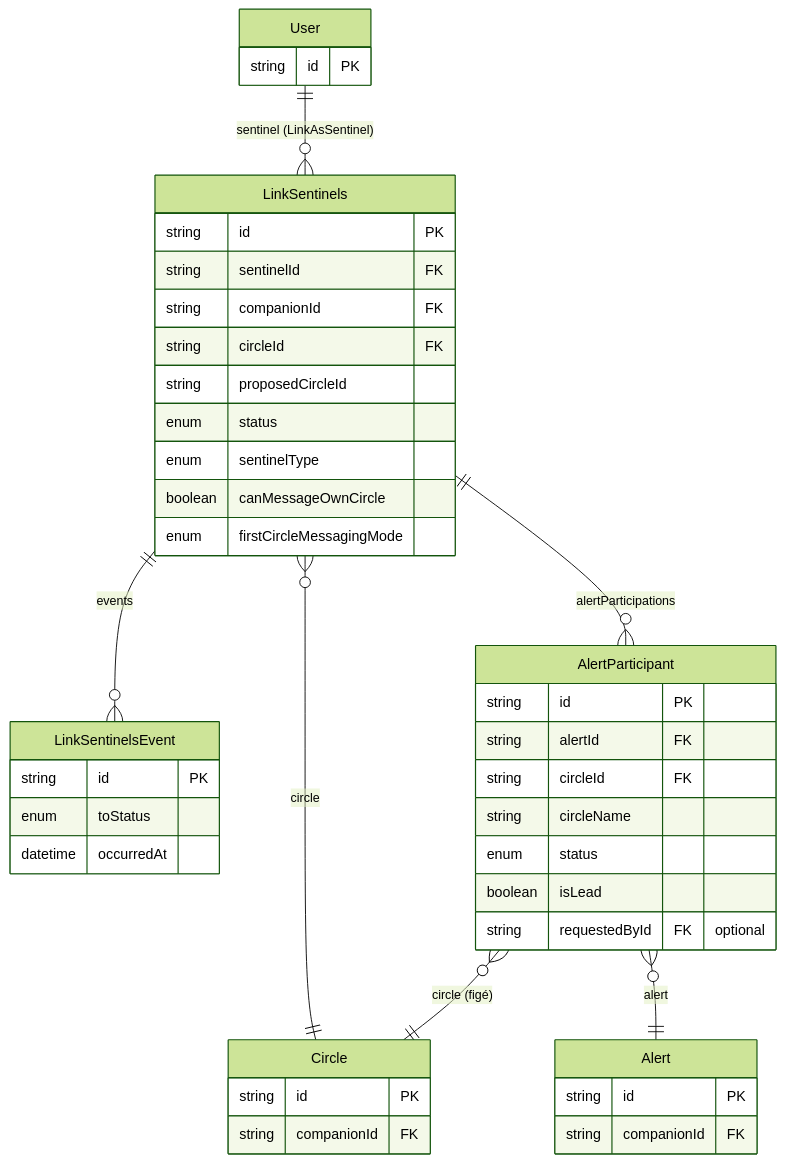
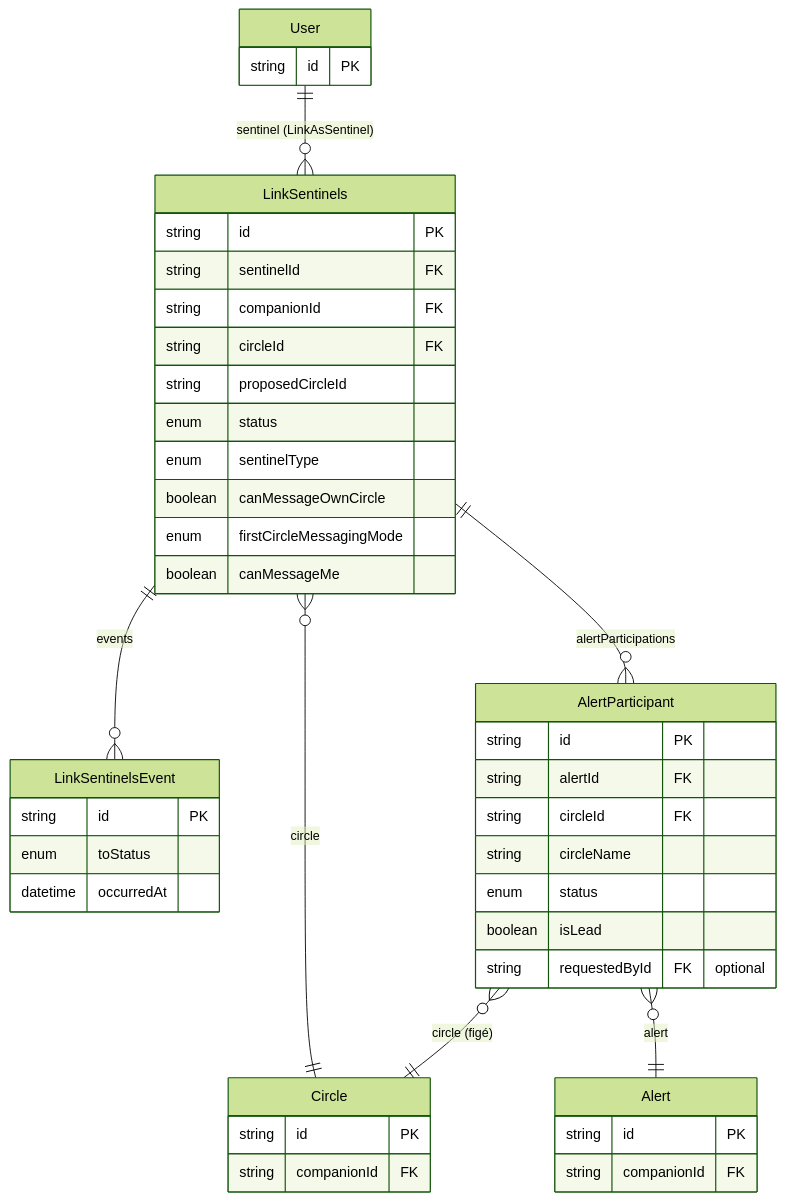
One commit to Sylvfo/MySentinelCircle changed the second of 5 diagrams in backend/prisma/DB_schema.md. Above: the diagram before and after it, drawn with Mermaid (forest theme). The commit also changed other lines of this file and 4 other files, not shown here.

````diff
--- a/backend/prisma/DB_schema.md
+++ b/backend/prisma/DB_schema.md
@@ -134,46 +137,47 @@
 ```mermaid
 erDiagram
   User              ||--o{ LinkSentinels      : "sentinel (LinkAsSentinel)"
   LinkSentinels     }o--||  Circle            : "circle"
   LinkSentinels     ||--o{ LinkSentinelsEvent : "events"
   LinkSentinels     ||--o{ AlertParticipant   : "alertParticipations"
   AlertParticipant  }o--||  Alert             : "alert"
   AlertParticipant  }o--||  Circle            : "circle (figé)"
 
   User {
     string id PK
   }
   LinkSentinels {
     string id PK
     string sentinelId FK
     string companionId FK
     string circleId FK
     string proposedCircleId
     enum   status
     enum   sentinelType
     boolean canMessageOwnCircle
     enum   firstCircleMessagingMode
+    boolean canMessageMe
   }
   Circle {
     string id PK
     string companionId FK
   }
   LinkSentinelsEvent {
     string id PK
     enum   toStatus
     datetime occurredAt
   }
   AlertParticipant {
     string id PK
     string alertId FK
     string circleId FK
     string circleName
     enum   status
     boolean isLead
     string requestedById FK "optional"
   }
   Alert {
     string id PK
     string companionId FK
   }
 ```
````
